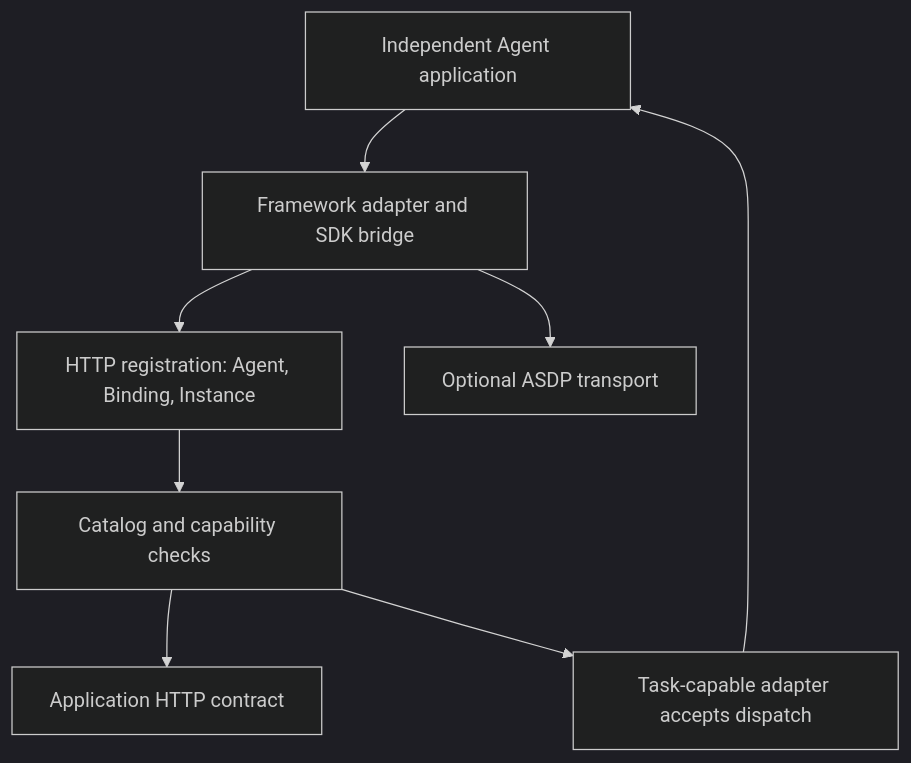
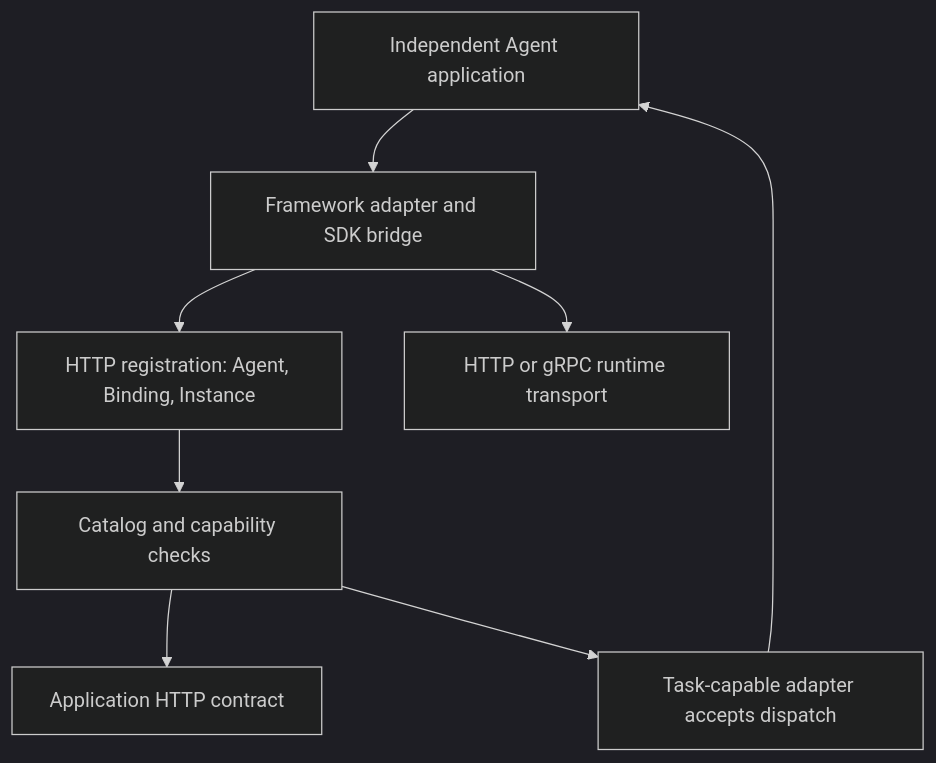
Before and after one commit to agentscope-ai/agentscope-java: the diagram in docs/v2/en/service/external-agent-execution.md, drawn with Mermaid (dark theme). The commit also changed other lines of this file and 363 other files, not shown here.

````diff
--- a/docs/v2/en/service/external-agent-execution.md
+++ b/docs/v2/en/service/external-agent-execution.md
@@ -12,10 +12,10 @@
 ```mermaid
 flowchart TD
   A[Independent Agent application] --> B[Framework adapter and SDK bridge]
   B --> C[HTTP registration: Agent, Binding, Instance]
   C --> D[Catalog and capability checks]
   D --> E[Application HTTP contract]
-  B --> F[Optional ASDP transport]
+  B --> F[HTTP or gRPC runtime transport]
   D --> G[Task-capable adapter accepts dispatch]
   G --> A
 ```
````
